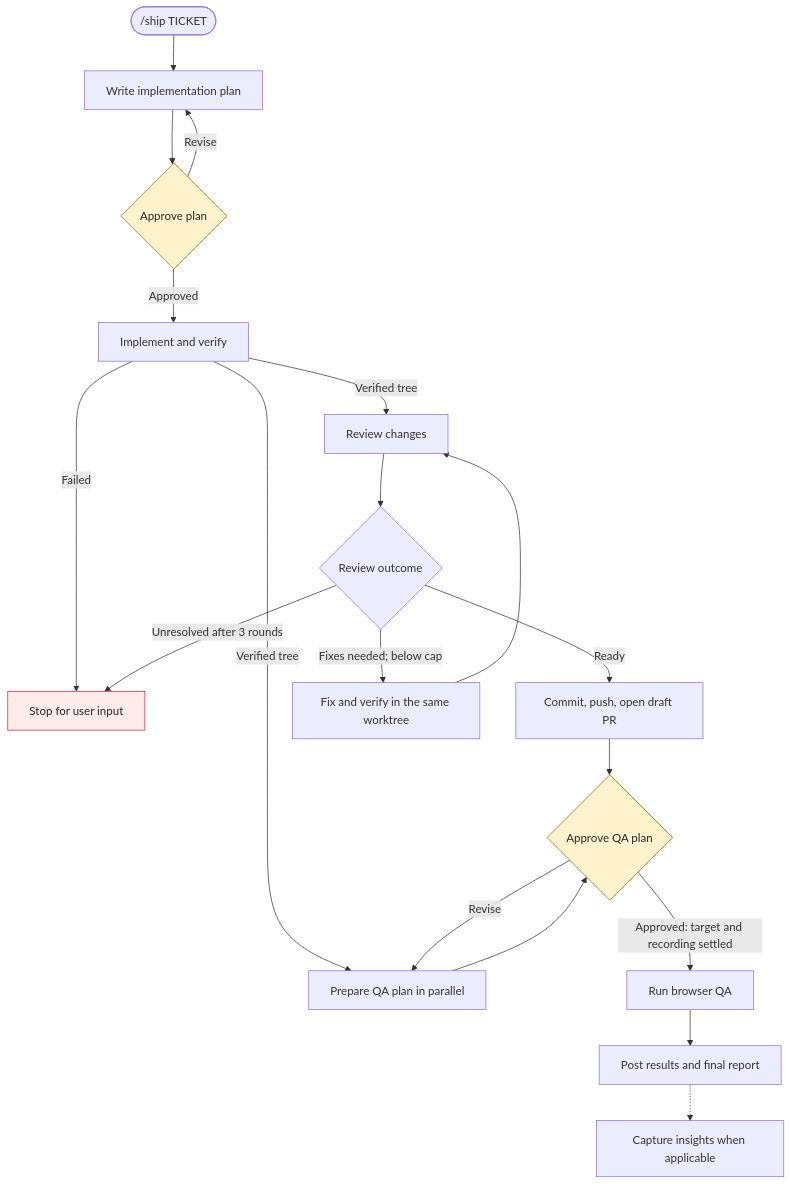
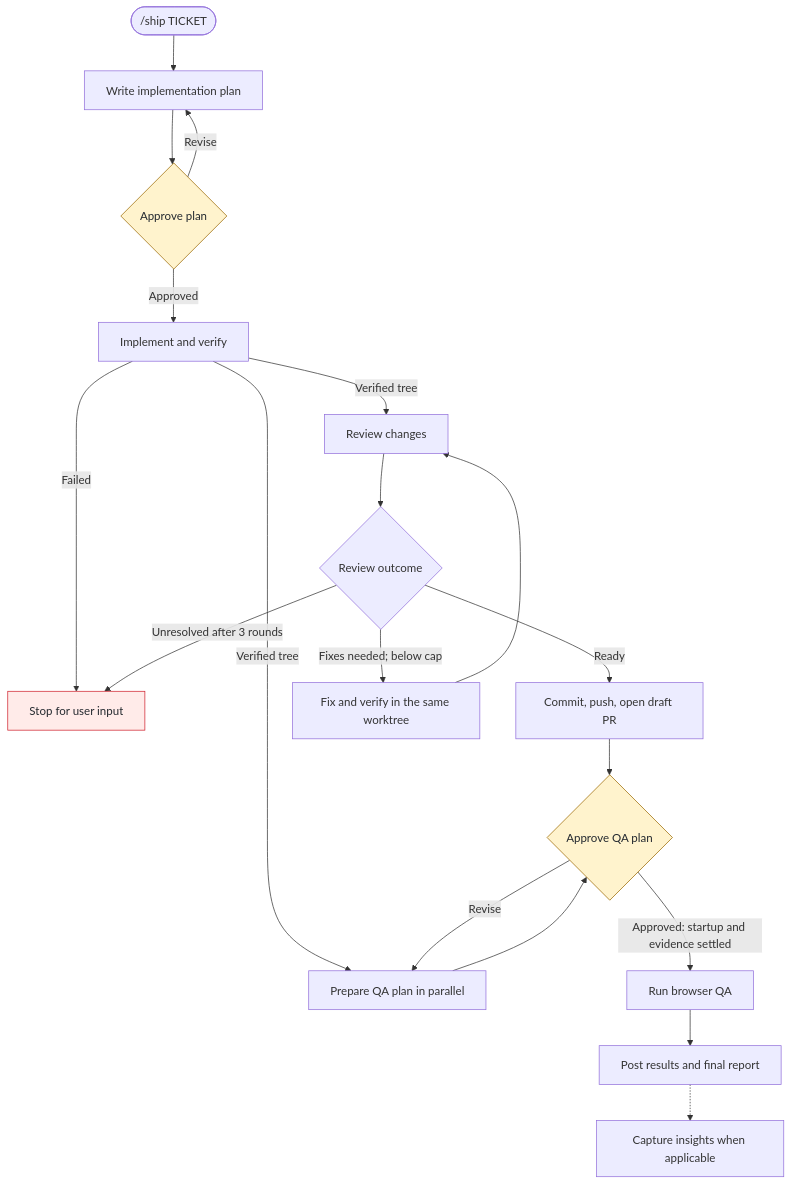
One commit to eugenegodun/ship changed the diagram in README.md. Above: the diagram before and after it, drawn with Mermaid. The commit also changed other lines of this file and 35 other files, not shown here.

Commit message:
feat: add QA screenshots and approved dynamic startup

````diff
--- a/README.md
+++ b/README.md
@@ -22,30 +26,30 @@
 ```mermaid
 flowchart TD
     Start(["/ship TICKET"]) --> Plan["Write implementation plan"]
 
     Plan --> PG{"Approve plan"}
     PG -->|Revise| Plan
     PG -->|Approved| Implement["Implement and verify"]
 
     Implement -->|Verified tree| Review["Review changes"]
     Implement -->|Verified tree| QAPlan["Prepare QA plan in parallel"]
     Implement -->|Failed| Halt["Stop for user input"]
 
     Review --> Verdict{"Review outcome"}
     Verdict -->|Ready| PR["Commit, push, open draft PR"]
     Verdict -->|Fixes needed; below cap| Fix["Fix and verify in the same worktree"]
     Fix --> Review
     Verdict -->|Unresolved after 3 rounds| Halt
 
     PR --> QG{"Approve QA plan"}
     QAPlan --> QG
     QG -->|Revise| QAPlan
-    QG -->|Approved: target and recording settled| QA["Run browser QA"]
+    QG -->|Approved: startup and evidence settled| QA["Run browser QA"]
     QA --> Results["Post results and final report"]
     Results -.-> Insights["Capture insights when applicable"]
 
     classDef approval fill:#fff3cd,stroke:#9a6700,color:#24292f
     classDef stop fill:#ffebe9,stroke:#cf222e,color:#24292f
     class PG,QG approval
     class Halt stop
 ```
````
